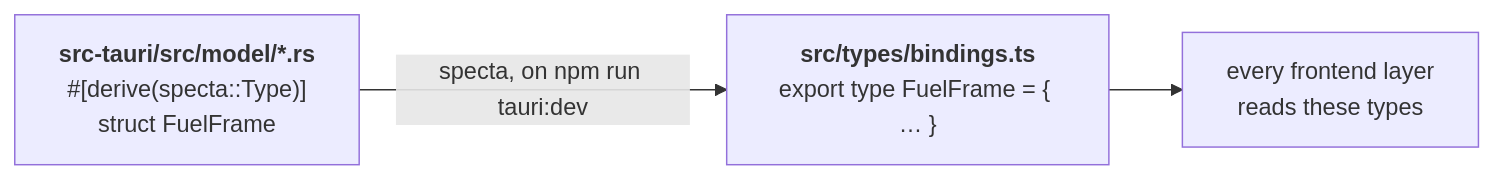
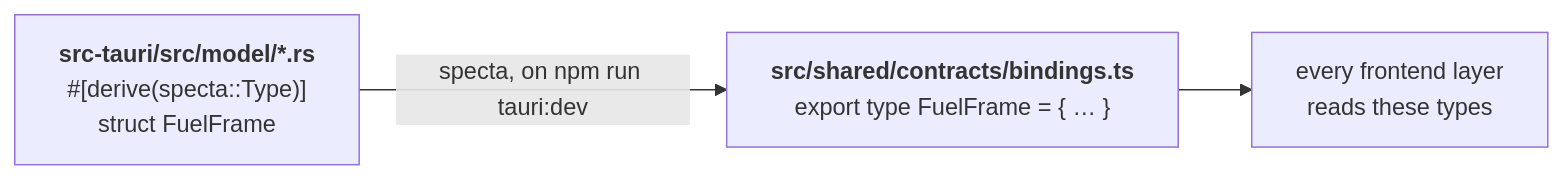
The third of 22 diagrams in docs/architecture.md (mvoof/Marble-Trace), drawn with Mermaid before and after one commit. The commit also changed other lines of this file and 1582 other files, not shown here.

````diff
--- a/docs/architecture.md
+++ b/docs/architecture.md
@@ -177,7 +179,7 @@
 ```mermaid
 flowchart LR
     A["<b>src-tauri/src/model/*.rs</b><br/>#[derive(specta::Type)]<br/>struct FuelFrame"]
-    B["<b>src/types/bindings.ts</b><br/>export type FuelFrame = { … }"]
+    B["<b>src/shared/contracts/bindings.ts</b><br/>export type FuelFrame = { … }"]
     C["every frontend layer<br/>reads these types"]
     A -->|"specta, on npm run tauri:dev"| B --> C
 ```
````
